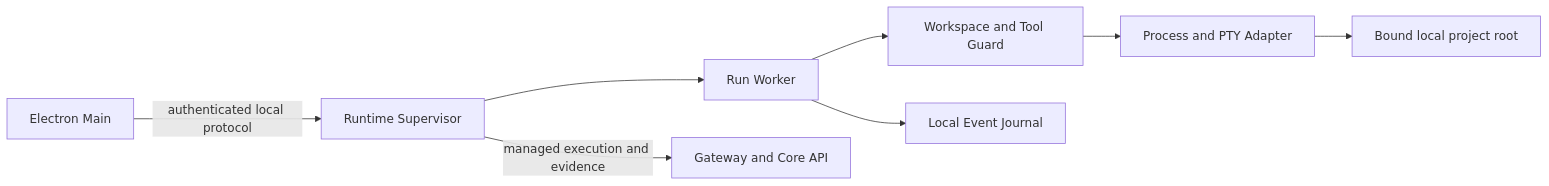
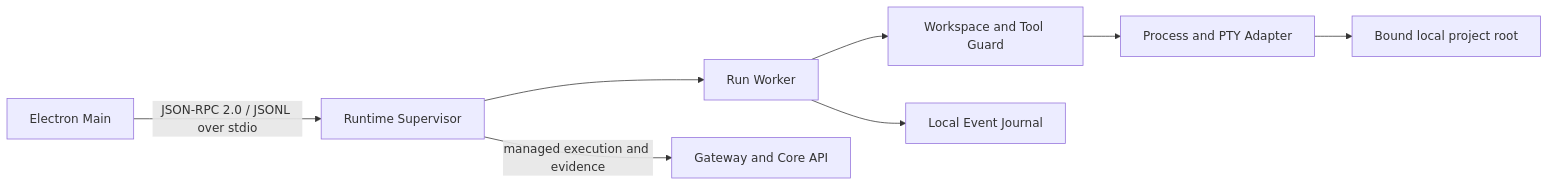
The diagram in apps/agent-runtime/docs/architecture.md (hataketed7977/taskpilot), drawn with Mermaid before and after one commit. The commit also changed other lines of this file and 6 other files, not shown here.

Commit message:
docs: simplify desktop runtime architecture

````diff
--- a/apps/agent-runtime/docs/architecture.md
+++ b/apps/agent-runtime/docs/architecture.md
@@ -27,19 +27,19 @@
 ```mermaid
 flowchart LR
     desktop["Electron Main"]
     supervisor["Runtime Supervisor"]
     worker["Run Worker"]
     guard["Workspace and Tool Guard"]
     process["Process and PTY Adapter"]
     journal["Local Event Journal"]
     workspace["Bound local project root"]
     gateway["Gateway and Core API"]
 
-    desktop -->|authenticated local protocol| supervisor
+    desktop -->|JSON-RPC 2.0 / JSONL over stdio| supervisor
     supervisor --> worker
     worker --> guard
     guard --> process
     process --> workspace
     worker --> journal
     supervisor -->|managed execution and evidence| gateway
 ```
````
